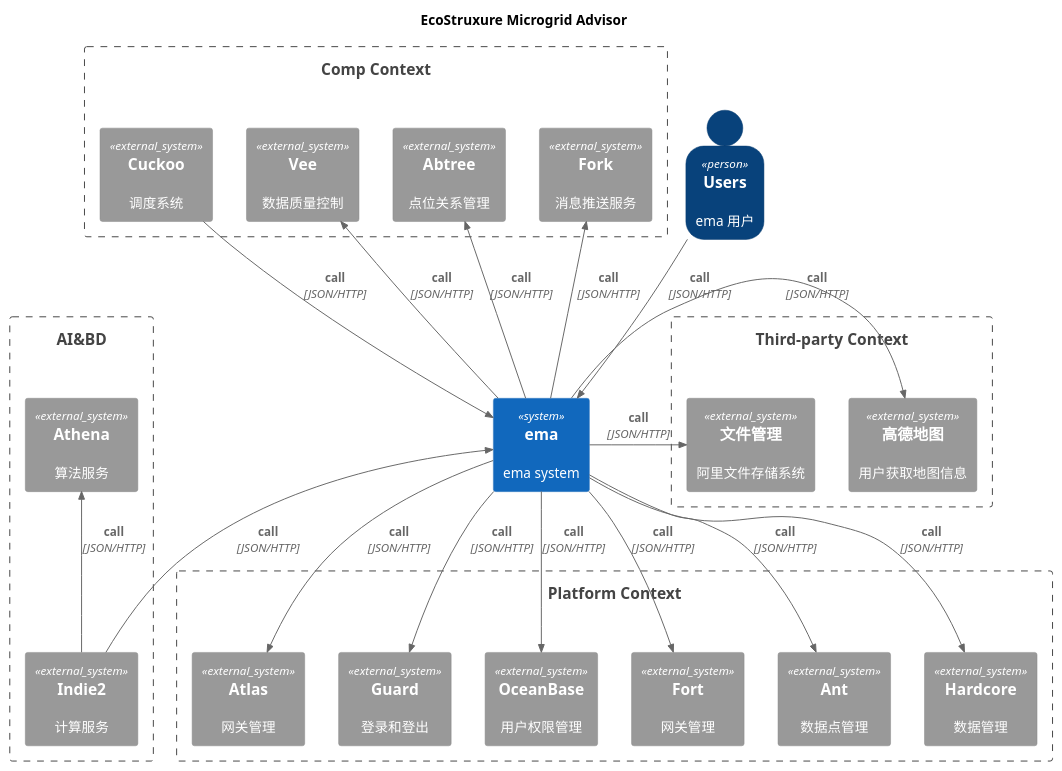
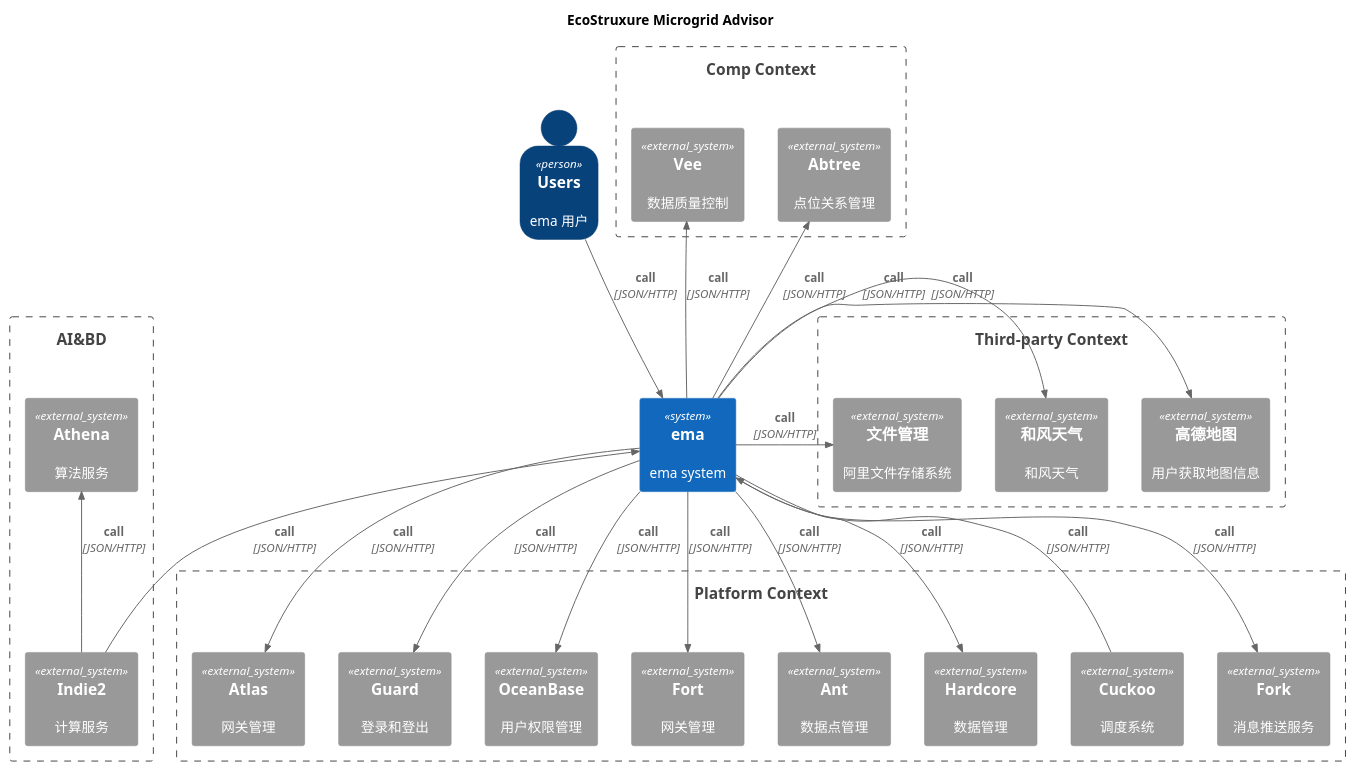
The diagram in c4-ema/ema_system.puml (0shuibo/C4-UML), drawn with PlantUML before and after one commit. The commit also changed 1 other file, not shown here.

Commit message:
提交C4图

```diff
--- a/c4-ema/ema_system.puml
+++ b/c4-ema/ema_system.puml
@@ -1,77 +1,69 @@
 @startuml energy_hub_system
 !include ../C4_Context.puml
 
 LAYOUT_TOP_DOWN()
 SHOW_PERSON_OUTLINE()
 
 title EcoStruxure Microgrid Advisor
 
 Person(customer, Users, "ema 用户")
 
 Boundary(platformSystem, "Platform Context") {
     System_Ext(atlas, "Atlas", "网关管理")
     System_Ext(guard, "Guard", "登录和登出")
     System_Ext(oceanBase, "OceanBase", "用户权限管理")
     System_Ext(fort, "Fort", "网关管理")
     System_Ext(ant, "Ant", "数据点管理")
     System_Ext(hardcore, "Hardcore", "数据管理")
+    System_Ext(cuckoo, "Cuckoo", "调度系统")
+    System_Ext(fork, "Fork", "消息推送服务")
 }
 
 System(ema, "ema", "ema system")
 
 Boundary(compSystem, "Comp Context") {
-    System_Ext(fork, "Fork", "消息推送服务")
     System_Ext(abtree, "Abtree", "点位关系管理")
-    System_Ext(cuckoo, "Cuckoo", "调度系统")
     System_Ext(vee, "Vee", "数据质量控制")
 }
 
 Boundary(compSystem, "common service") {
     System_Ext(fork, "Fork", "消息推送服务")
     System_Ext(abtree, "Abtree", "点位关系管理")
     System_Ext(cuckoo, "Cuckoo", "调度系统")
 }
 
 Boundary(AI&BD, "AI&BD") {
      System_Ext(athena, "Athena", "算法服务")
      System_Ext(indie2, "Indie2", "计算服务")
 }
 
 
 Boundary(thirdPartySystem, "Third-party Context") {
     System_Ext(gis, "高德地图", "用户获取地图信息")
     System_Ext(oss, "文件管理", "阿里文件存储系统")
+    System_Ext(geo, "和风天气", "和风天气")
 }
 
 Rel_D(customer,ema,"call", "JSON/HTTP")
 
 Rel_U(ema,fork,"call", "JSON/HTTP")
 Rel_U(ema,abtree,"call", "JSON/HTTP")
 Rel_U(cuckoo,ema,"call", "JSON/HTTP")
 Rel_U(ema,vee,"call", "JSON/HTTP")
 
 Rel_R(ema,gis,"call", "JSON/HTTP")
+Rel_R(ema,geo,"call", "JSON/HTTP")
 Rel_R(ema,oss,"call", "JSON/HTTP")
 
 Rel_U(indie2,ema,"call", "JSON/HTTP")
 Rel_U(indie2,athena,"call", "JSON/HTTP")
 
 
 Rel_D(ema,atlas,"call", "JSON/HTTP")
 Rel_D(ema,guard,"call", "JSON/HTTP")
 Rel_D(ema,oceanBase,"call", "JSON/HTTP")
 Rel_D(ema,fort,"call", "JSON/HTTP")
 Rel_D(ema,ant,"call", "JSON/HTTP")
 Rel_D(ema,hardcore,"call", "JSON/HTTP")
 
-
-
-
-
-
-
-
-
-
-
 @enduml
```
